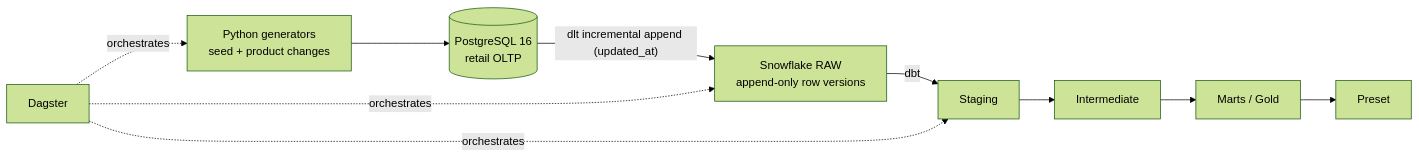
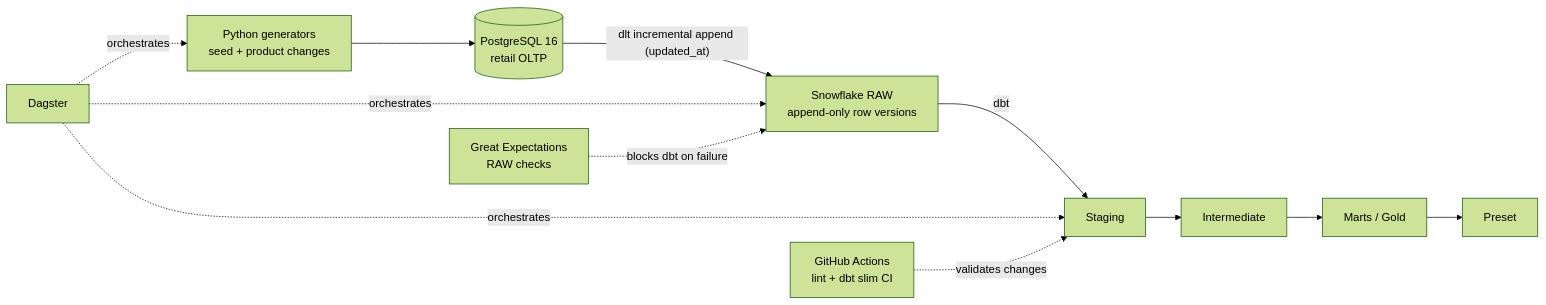
One commit to whtbl3/retail-pulse changed the diagram in docs/Project-Spec.md. Above: the diagram before and after it, drawn with Mermaid (forest theme). The commit also changed other lines of this file and 23 other files, not shown here.

````diff
--- a/docs/Project-Spec.md
+++ b/docs/Project-Spec.md
@@ -74,12 +73,14 @@
 ```mermaid
 flowchart LR
     GEN["Python generators<br/>seed + product changes"] --> PG[("PostgreSQL 16<br/>retail OLTP")]
     PG -->|"dlt incremental append (updated_at)"| RAW["Snowflake RAW<br/>append-only row versions"]
     RAW -->|"dbt"| STG["Staging"]
     STG --> INT["Intermediate"]
     INT --> MART["Marts / Gold"]
     MART --> BI["Preset"]
     DAG["Dagster"] -. orchestrates .-> GEN
     DAG -. orchestrates .-> RAW
     DAG -. orchestrates .-> STG
+    GE["Great Expectations<br/>RAW checks"] -. blocks dbt on failure .-> RAW
+    CI["GitHub Actions<br/>lint + dbt slim CI"] -. validates changes .-> STG
 ```
````
